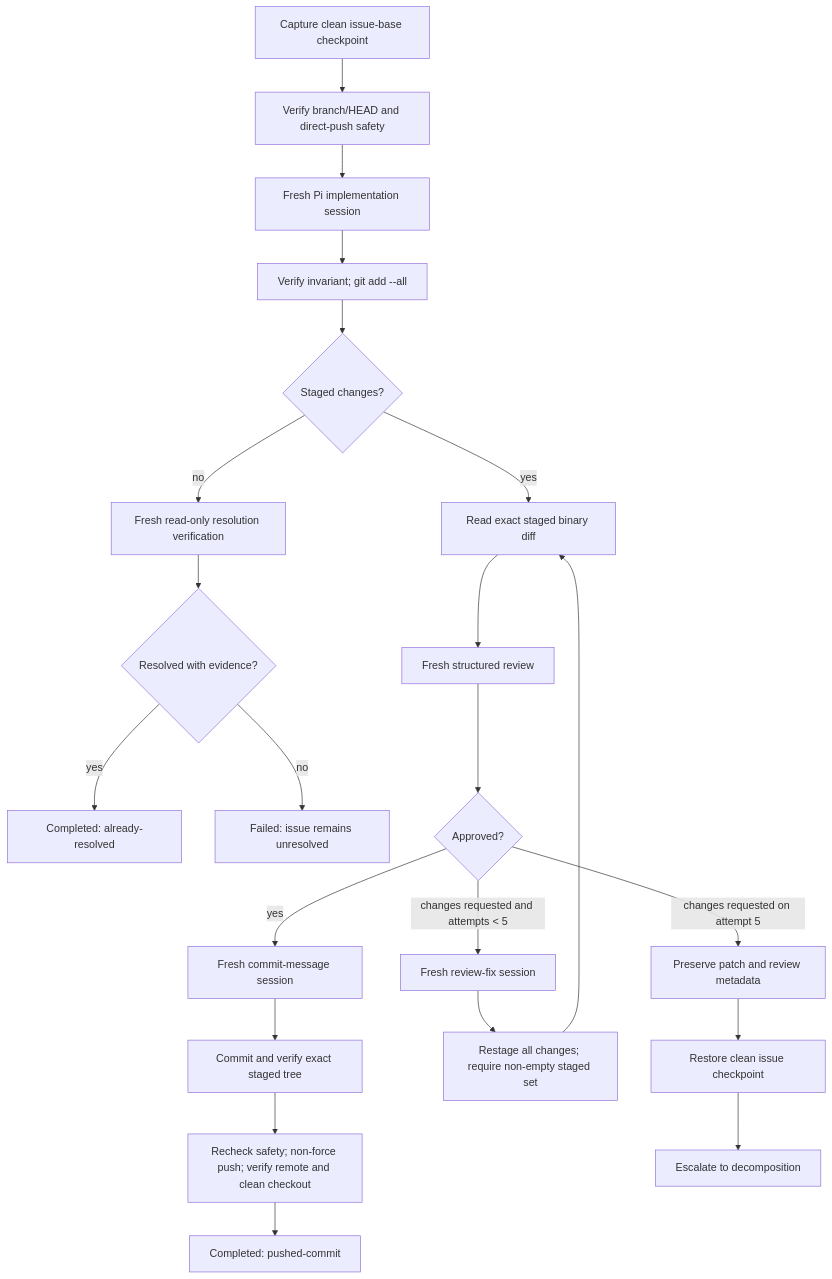
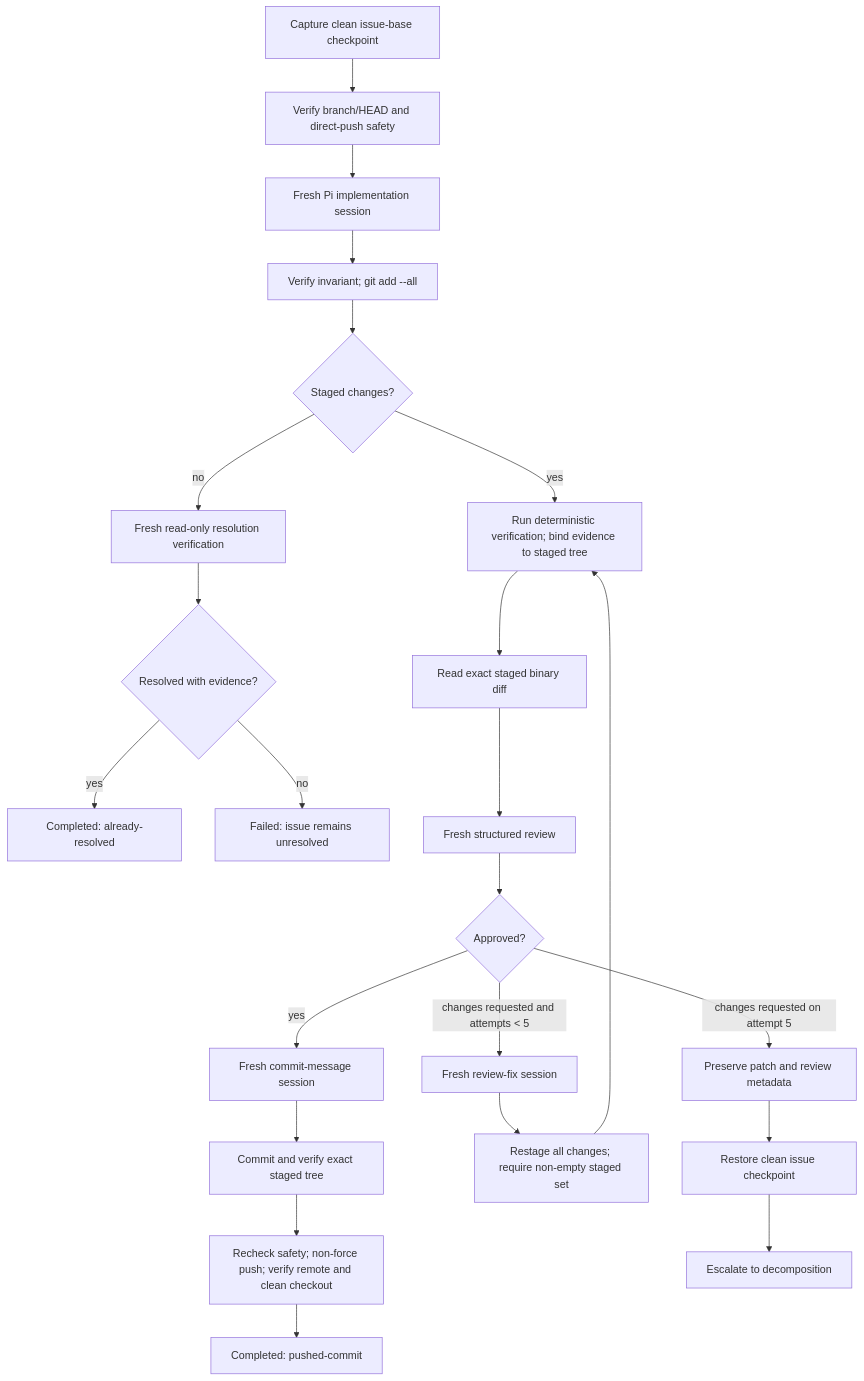
One commit to beremaran/ralphie changed the fourth of 6 diagrams in docs/end-to-end-execution.md. Above: the diagram before and after it, drawn with Mermaid. The commit also changed other lines of this file and 31 other files, not shown here.

Commit message:
Add staged-tree verification and stage-specific thinking controls

````diff
--- a/docs/end-to-end-execution.md
+++ b/docs/end-to-end-execution.md
@@ -192,24 +192,25 @@
 ```mermaid
 flowchart TD
     A["Capture clean issue-base checkpoint"] --> B["Verify branch/HEAD and direct-push safety"]
     B --> C["Fresh Pi implementation session"]
     C --> D["Verify invariant; git add --all"]
     D --> E{"Staged changes?"}
     E -->|no| F["Fresh read-only resolution verification"]
     F --> G{"Resolved with evidence?"}
     G -->|yes| H["Completed: already-resolved"]
     G -->|no| I["Failed: issue remains unresolved"]
-    E -->|yes| J["Read exact staged binary diff"]
+    E -->|yes| V["Run deterministic verification; bind evidence to staged tree"]
+    V --> J["Read exact staged binary diff"]
     J --> K["Fresh structured review"]
     K --> L{"Approved?"}
     L -->|yes| M["Fresh commit-message session"]
     M --> N["Commit and verify exact staged tree"]
     N --> O["Recheck safety; non-force push; verify remote and clean checkout"]
     O --> P["Completed: pushed-commit"]
     L -->|changes requested and attempts < 5| Q["Fresh review-fix session"]
     Q --> R["Restage all changes; require non-empty staged set"]
-    R --> J
+    R --> V
     L -->|changes requested on attempt 5| S["Preserve patch and review metadata"]
     S --> T["Restore clean issue checkpoint"]
     T --> U["Escalate to decomposition"]
 ```
````
